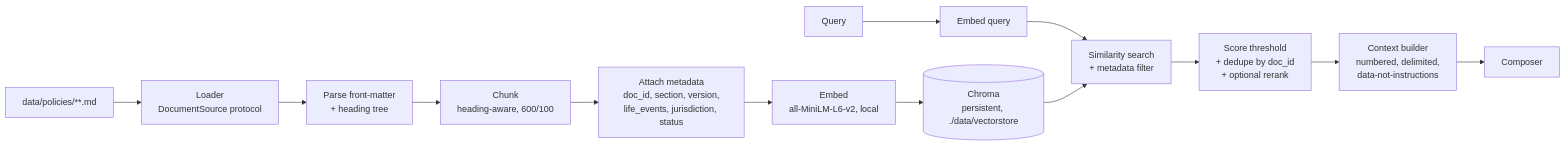
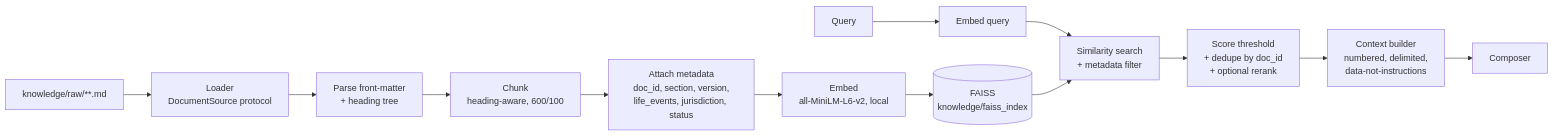
One commit to jobs4zac-max/capstone changed the third of 6 diagrams in PROJECT_PLAN.md. Above: the diagram before and after it, drawn with Mermaid. The commit also changed other lines of this file and 163 other files, not shown here.

````diff
--- a/PROJECT_PLAN.md
+++ b/PROJECT_PLAN.md
@@ -688,13 +688,13 @@
 ```mermaid
 graph LR
-    SRC[data/policies/**.md] --> LOAD["Loader<br/>DocumentSource protocol"]
+    SRC[knowledge/raw/**.md] --> LOAD["Loader<br/>DocumentSource protocol"]
     LOAD --> PARSE["Parse front-matter<br/>+ heading tree"]
     PARSE --> CHUNK["Chunk<br/>heading-aware, 600/100"]
     CHUNK --> META["Attach metadata<br/>doc_id, section, version,<br/>life_events, jurisdiction, status"]
     META --> EMB["Embed<br/>all-MiniLM-L6-v2, local"]
-    EMB --> VS[("Chroma<br/>persistent, ./data/vectorstore")]
+    EMB --> VS[("FAISS<br/>knowledge/faiss_index")]
     Q[Query] --> QEMB[Embed query] --> SEARCH["Similarity search<br/>+ metadata filter"]
     VS --> SEARCH --> POST["Score threshold<br/>+ dedupe by doc_id<br/>+ optional rerank"]
     POST --> CTXB["Context builder<br/>numbered, delimited,<br/>data-not-instructions"]
     CTXB --> LLM[Composer]
 ```
````
